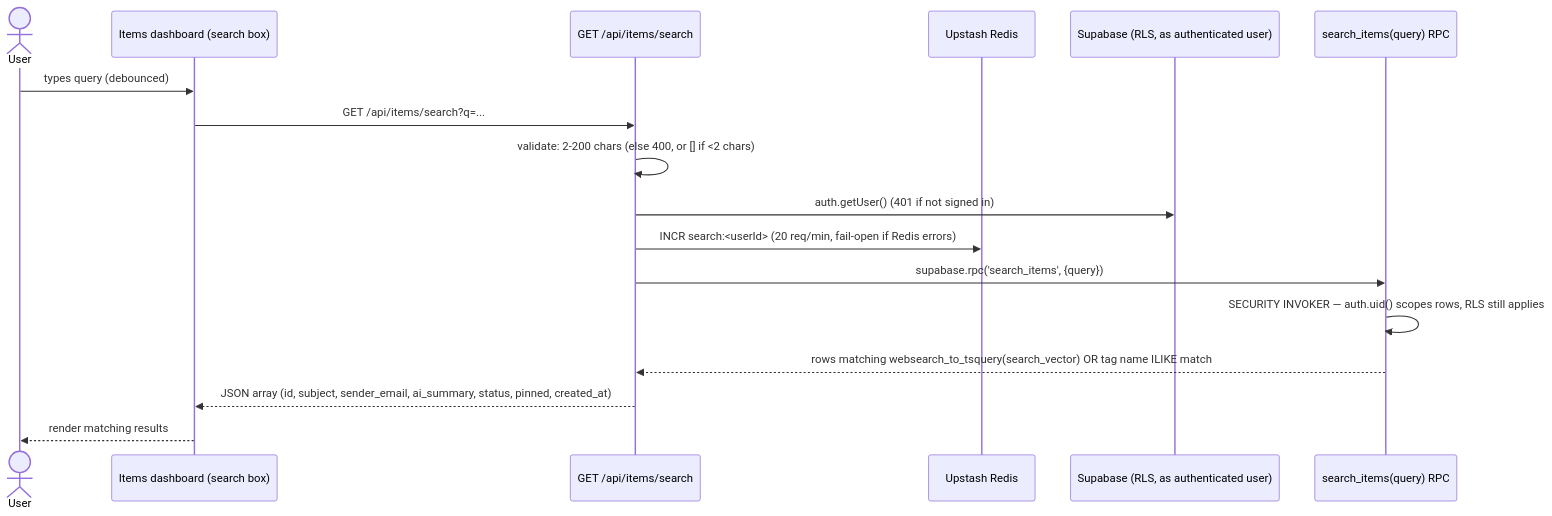
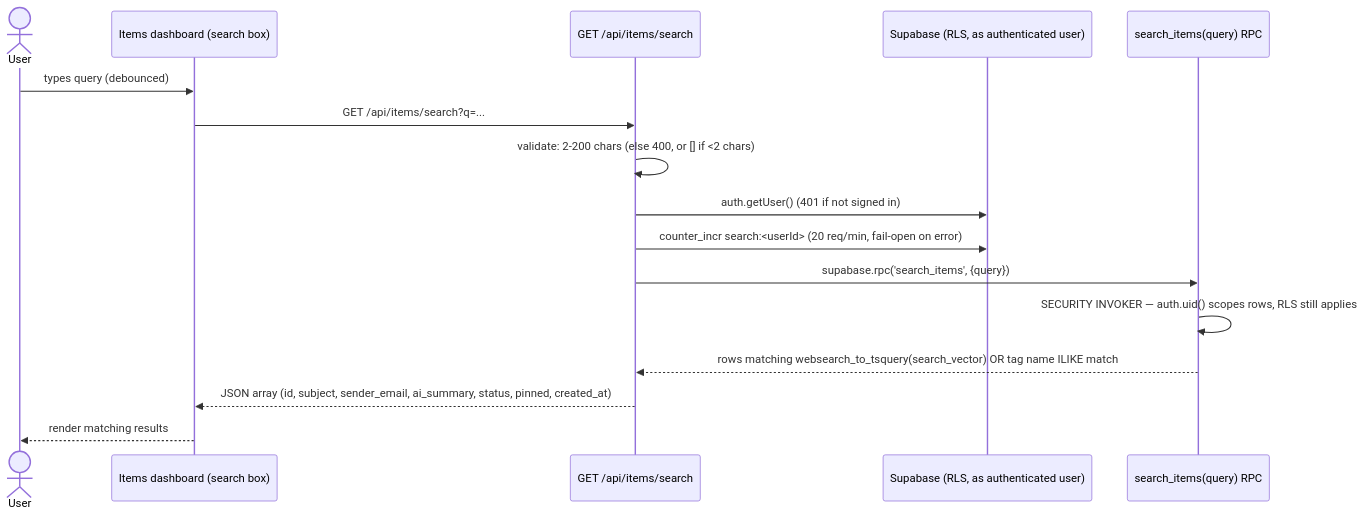
One commit to lego651/drop-note changed the fourth of 5 diagrams in docs/architecture/overview.md. Above: the diagram before and after it, drawn with Mermaid. The commit also changed other lines of this file and 25 other files, not shown here.

First line of the commit message:
[bug] fix: replace Upstash Redis with Postgres counters (DRO-60)

````diff
--- a/docs/architecture/overview.md
+++ b/docs/architecture/overview.md
@@ -185,20 +182,19 @@
 ```mermaid
 sequenceDiagram
     actor U as User
     participant UI as Items dashboard (search box)
     participant API as GET /api/items/search
-    participant Redis as Upstash Redis
     participant SB as Supabase (RLS, as authenticated user)
     participant RPC as search_items(query) RPC
 
     U->>UI: types query (debounced)
     UI->>API: GET /api/items/search?q=...
     API->>API: validate: 2-200 chars (else 400, or [] if <2 chars)
     API->>SB: auth.getUser() (401 if not signed in)
-    API->>Redis: INCR search:<userId> (20 req/min, fail-open if Redis errors)
+    API->>SB: counter_incr search:<userId> (20 req/min, fail-open on error)
     API->>RPC: supabase.rpc('search_items', {query})
     RPC->>RPC: SECURITY INVOKER — auth.uid() scopes rows, RLS still applies
     RPC-->>API: rows matching websearch_to_tsquery(search_vector) OR tag name ILIKE match
     API-->>UI: JSON array (id, subject, sender_email, ai_summary, status, pinned, created_at)
     UI-->>U: render matching results
 ```
````
